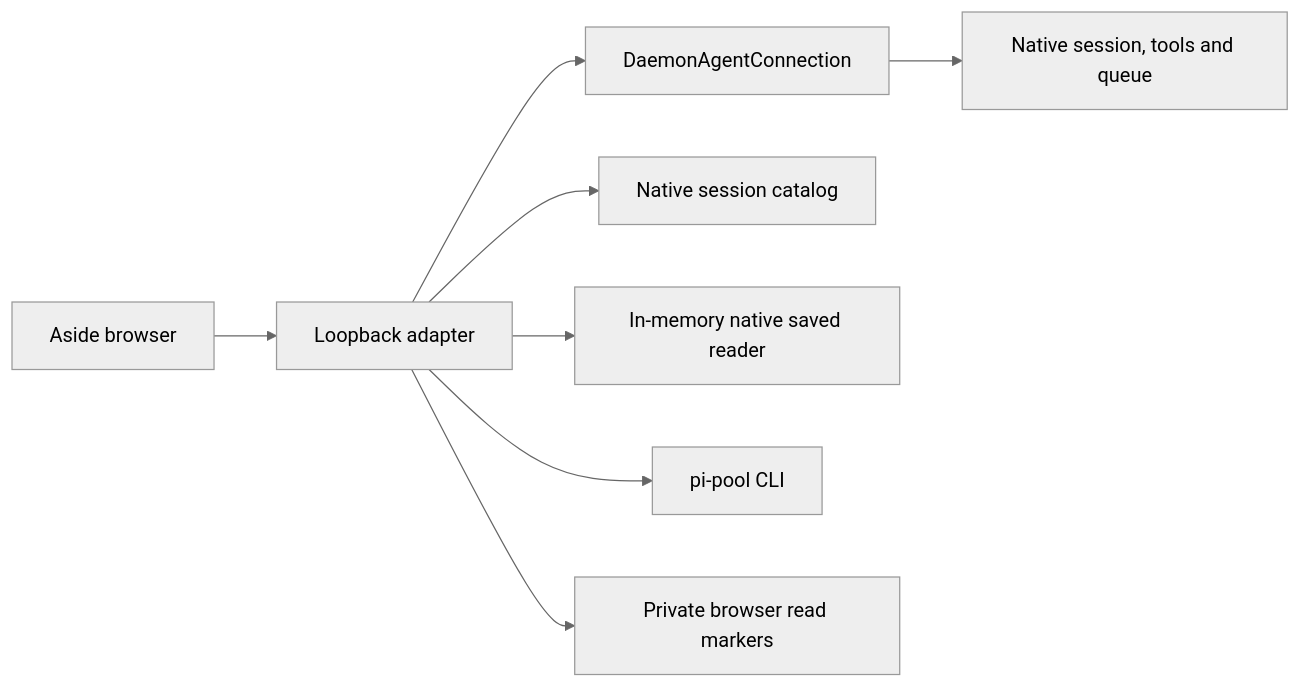
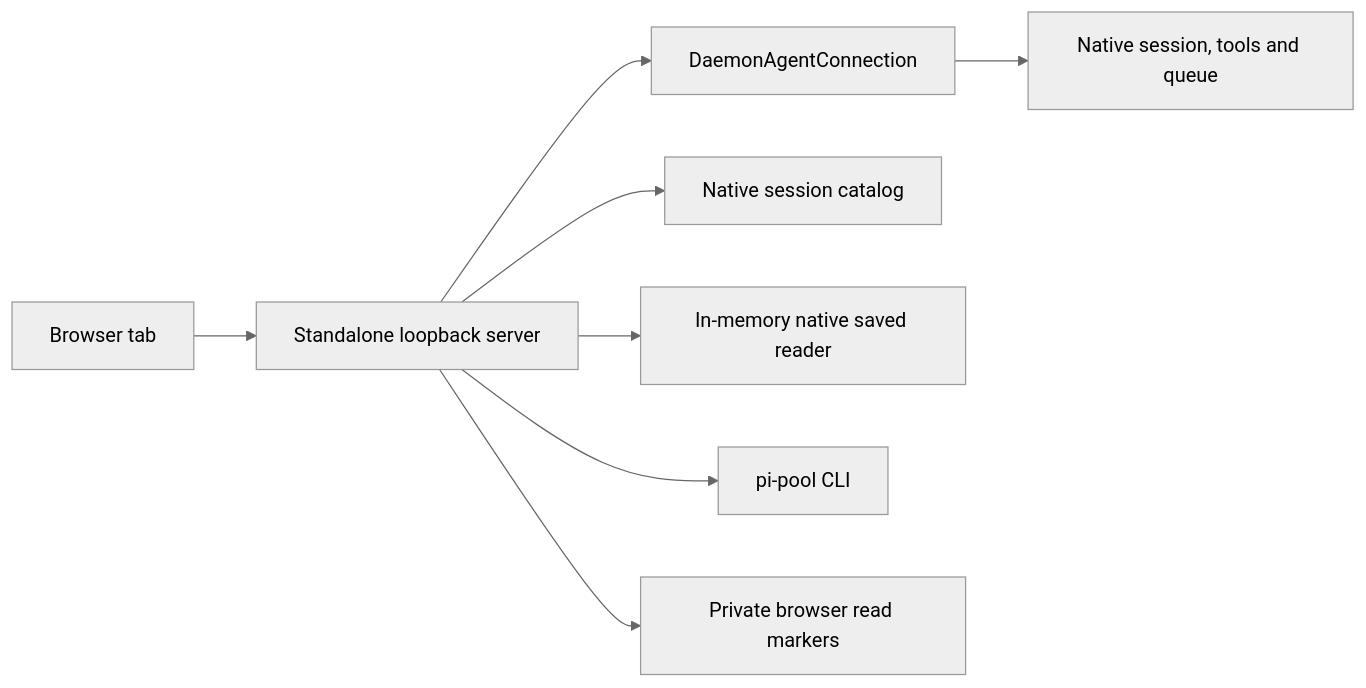
One commit to sieu-n/sieun-pi changed the diagram in components/user-history/README.md. Above: the diagram before and after it, drawn with Mermaid (neutral theme). The commit also changed other lines of this file and 19 other files, not shown here.

````diff
--- a/components/user-history/README.md
+++ b/components/user-history/README.md
@@ -78,10 +78,10 @@
 ```mermaid
 flowchart LR
-    Aside[Aside browser] --> HTTP[Loopback adapter]
+    Browser[Browser tab] --> HTTP[Standalone loopback server]
     HTTP --> Native[DaemonAgentConnection]
     Native --> Worker[Native session, tools and queue]
     HTTP --> Catalog[Native session catalog]
     HTTP --> Saved[In-memory native saved reader]
     HTTP --> Pool[pi-pool CLI]
     HTTP --> UI[Private browser read markers]
 ```
````
